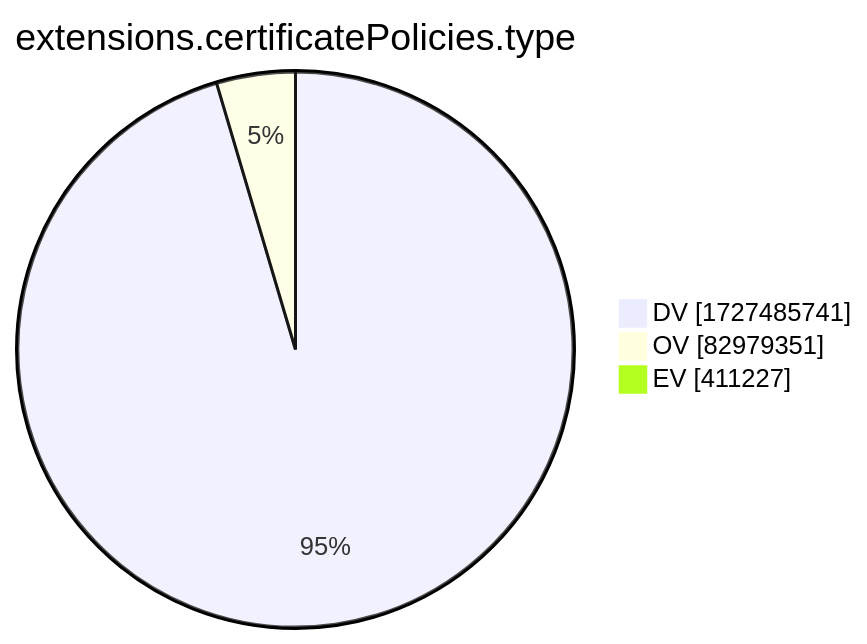
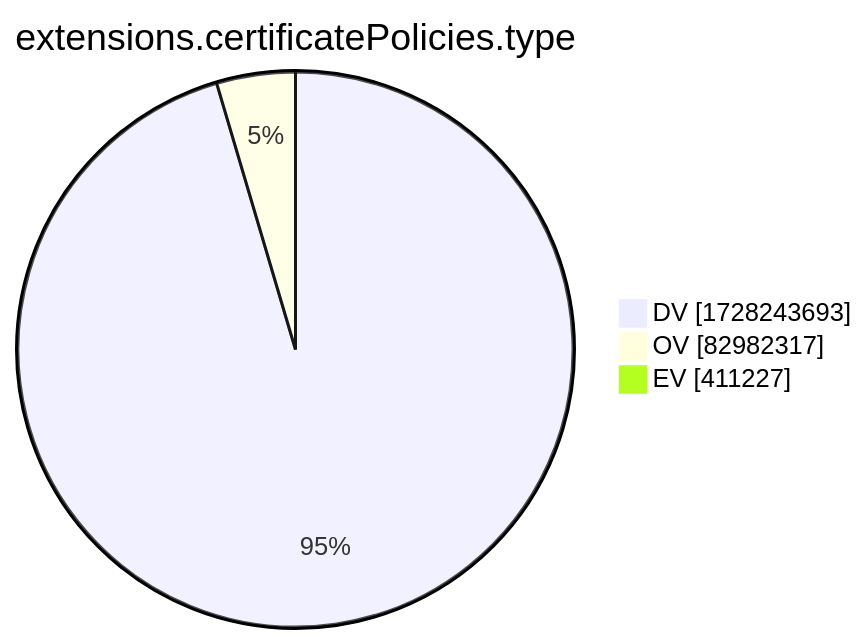
One commit to christiankrug/ctmonitor_visualization changed the tenth of 15 diagrams in xenon2022/README.md. Above: the diagram before and after it, drawn with Mermaid. The commit also changed other lines of this file, not shown here.

````diff
--- a/xenon2022/README.md
+++ b/xenon2022/README.md
@@ -2881,7 +2881,7 @@
 ```mermaid
 pie showData
 title extensions.certificatePolicies.type
-"DV" :1727485741
-"OV" :82979351
+"DV" :1728243693
+"OV" :82982317
 "EV" :411227
 ```
````
